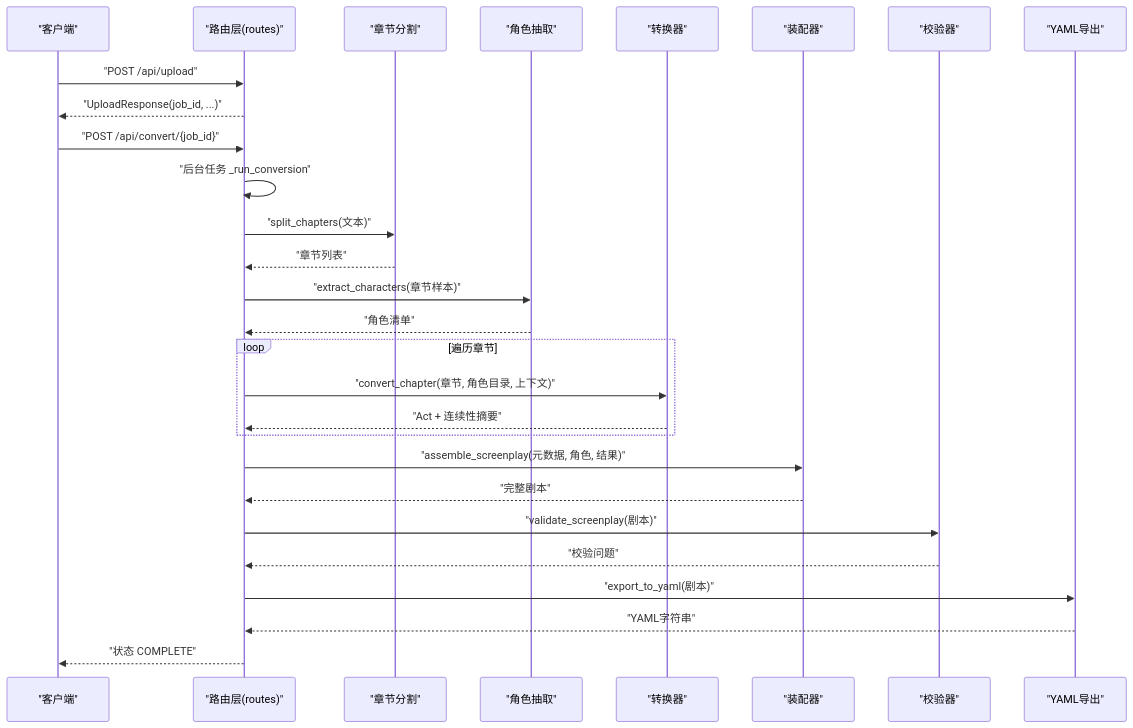
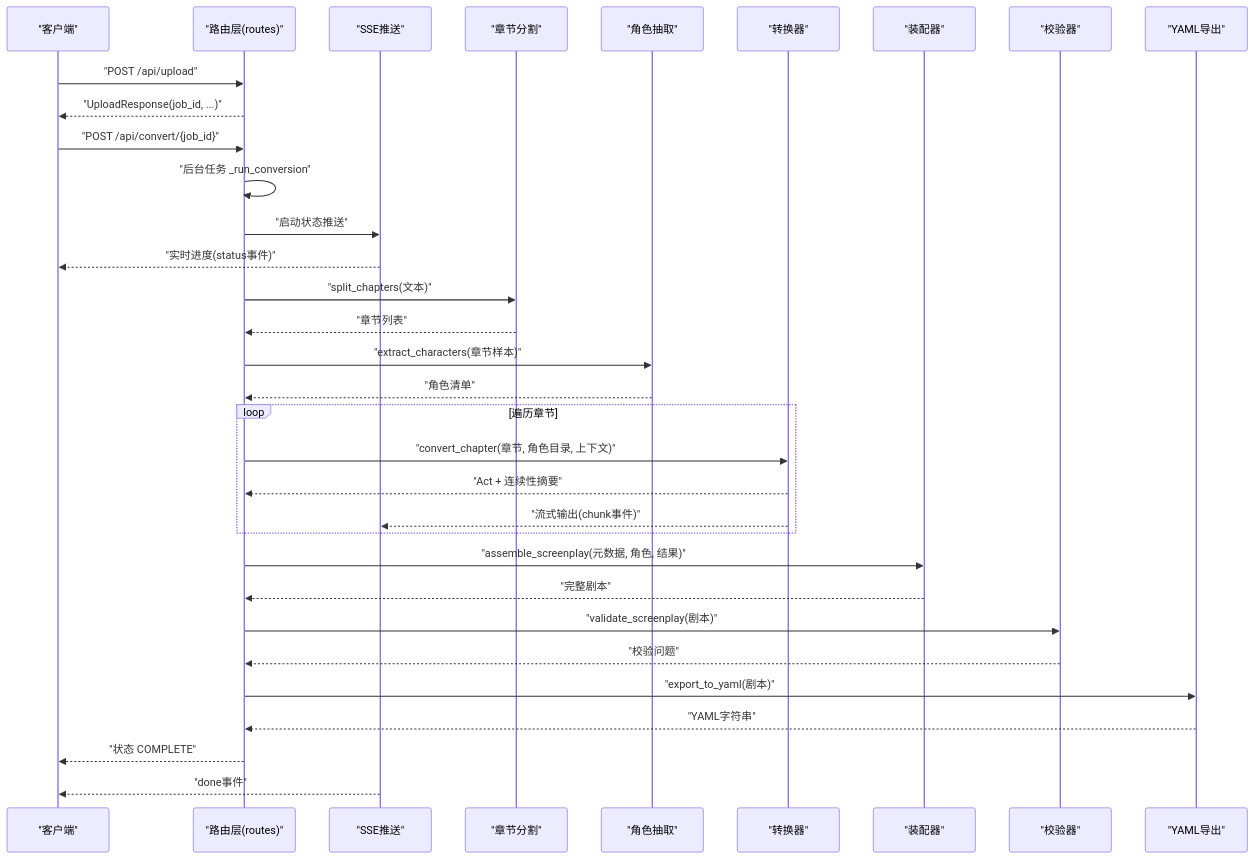
Before and after one commit to tjujingzong/Novel-to-Screenplay: the second of 6 diagrams in .qoder/repowiki/zh/content/核心服务模块/转换引擎.md, drawn with Mermaid. The commit also changed other lines of this file and 21 other files, not shown here.

````diff
--- a/.qoder/repowiki/zh/content/核心服务模块/转换引擎.md
+++ b/.qoder/repowiki/zh/content/核心服务模块/转换引擎.md
@@ -144,30 +152,35 @@
 ```mermaid
 sequenceDiagram
 participant Client as "客户端"
 participant API as "路由层(routes)"
+participant SSE as "SSE推送"
 participant Split as "章节分割"
 participant Char as "角色抽取"
 participant Conv as "转换器"
 participant Assem as "装配器"
 participant Valid as "校验器"
 participant Yaml as "YAML导出"
 Client->>API : "POST /api/upload"
 API-->>Client : "UploadResponse(job_id, ...)"
 Client->>API : "POST /api/convert/{job_id}"
 API->>API : "后台任务 _run_conversion"
+API->>SSE : "启动状态推送"
+SSE-->>Client : "实时进度(status事件)"
 API->>Split : "split_chapters(文本)"
 Split-->>API : "章节列表"
 API->>Char : "extract_characters(章节样本)"
 Char-->>API : "角色清单"
 loop 遍历章节
 API->>Conv : "convert_chapter(章节, 角色目录, 上下文)"
 Conv-->>API : "Act + 连续性摘要"
+Conv-->>SSE : "流式输出(chunk事件)"
 end
 API->>Assem : "assemble_screenplay(元数据, 角色, 结果)"
 Assem-->>API : "完整剧本"
 API->>Valid : "validate_screenplay(剧本)"
 Valid-->>API : "校验问题"
 API->>Yaml : "export_to_yaml(剧本)"
 Yaml-->>API : "YAML字符串"
 API-->>Client : "状态 COMPLETE"
+SSE-->>Client : "done事件"
 ```
````
